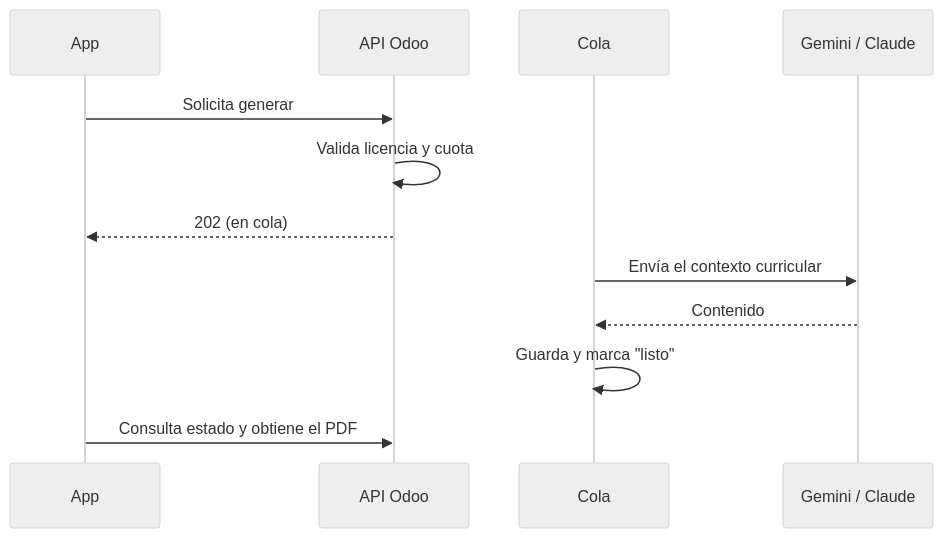
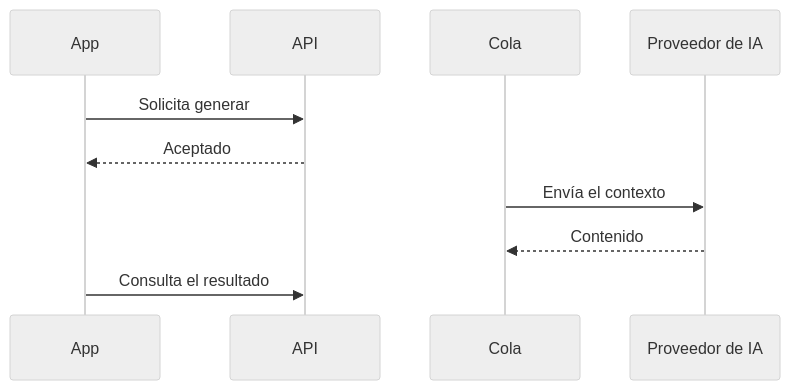
Before and after one commit to Jeisondls/planner-odoo-backend: the diagram in README.md, drawn with Mermaid (neutral theme). The commit also changed other lines of this file, not shown here.

First line of the commit message:
docs: reduce architecture details in public README

````diff
--- a/README.md
+++ b/README.md
@@ -151,14 +113,12 @@
 ```mermaid
 sequenceDiagram
     participant App
-    participant API as API Odoo
+    participant API
     participant Q as Cola
-    participant IA as Gemini / Claude
+    participant IA as Proveedor de IA
     App->>API: Solicita generar
-    API->>API: Valida licencia y cuota
-    API-->>App: 202 (en cola)
-    Q->>IA: Envía el contexto curricular
+    API-->>App: Aceptado
+    Q->>IA: Envía el contexto
     IA-->>Q: Contenido
-    Q->>Q: Guarda y marca "listo"
-    App->>API: Consulta estado y obtiene el PDF
+    App->>API: Consulta el resultado
 ```
````
